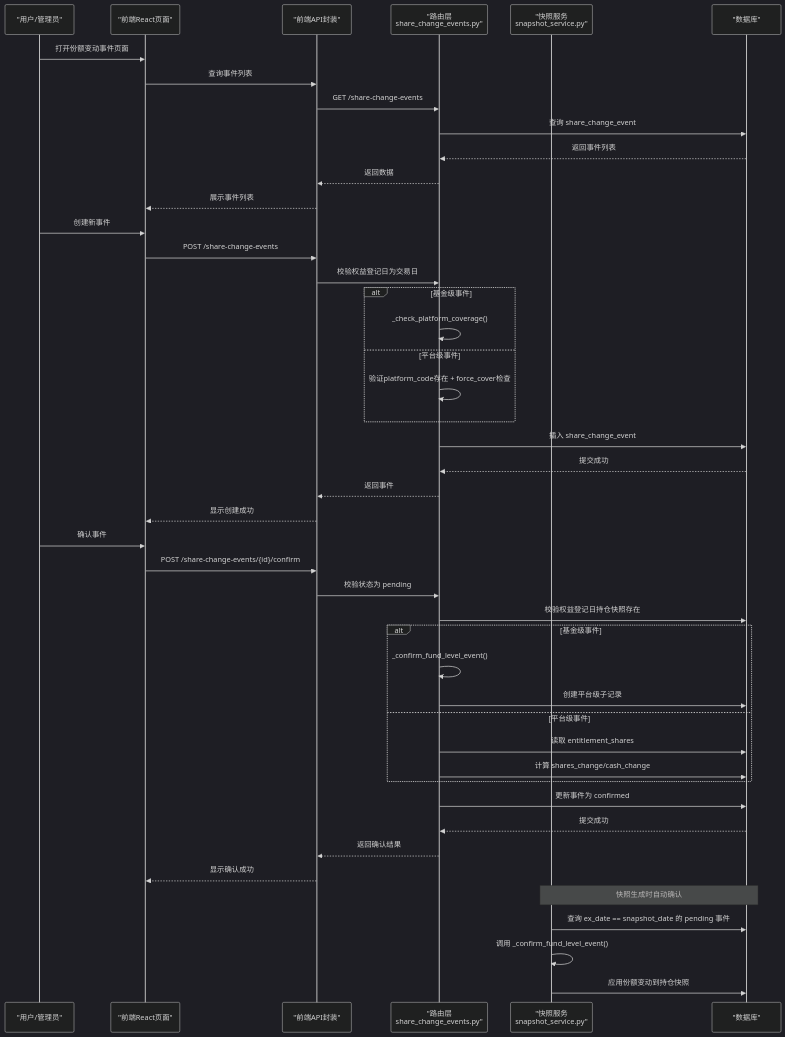
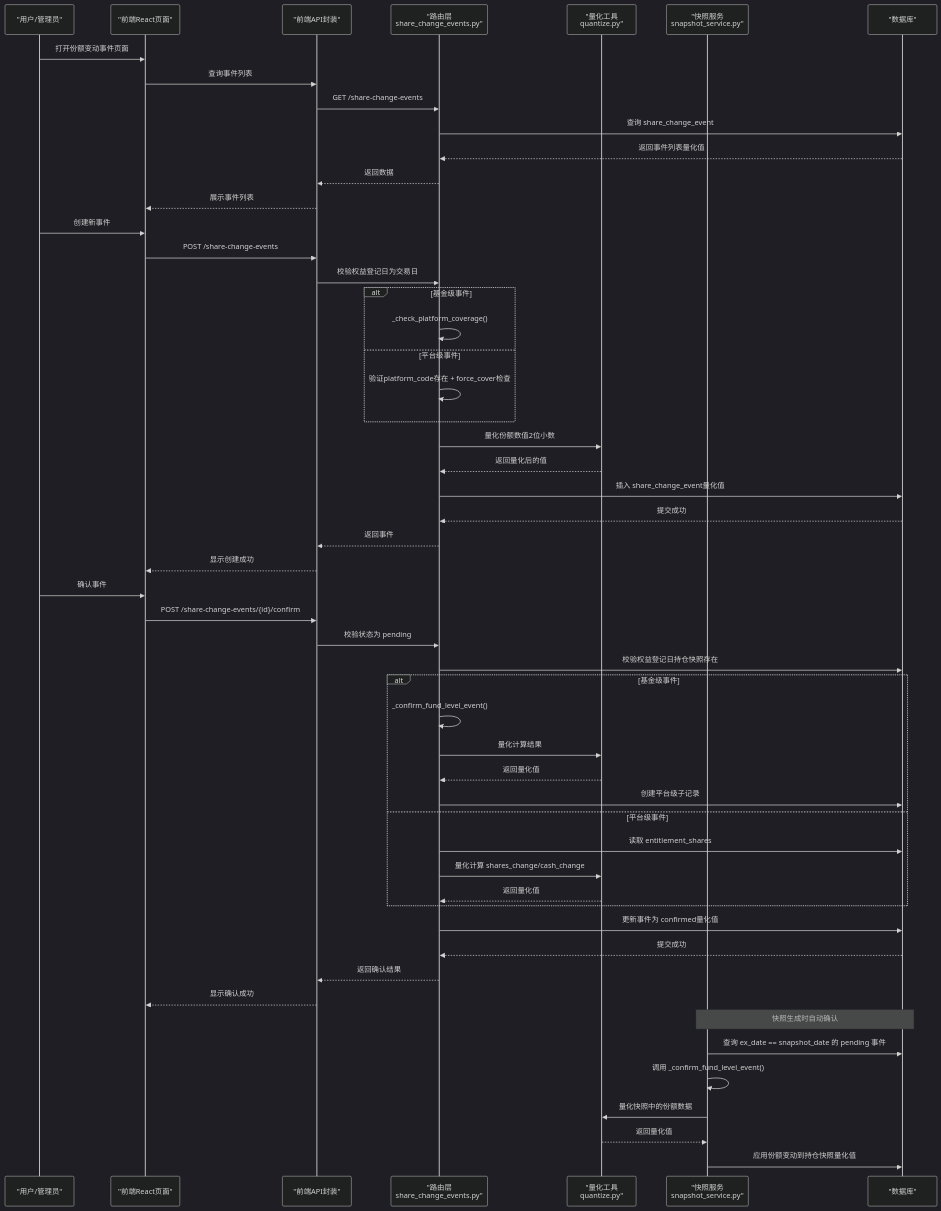
The second of 3 diagrams in .qoder/repowiki/zh/content/核心业务功能/份额变动事件.md (gujialind/InvestRing), drawn with Mermaid (dark theme) before and after one commit. The commit also changed other lines of this file and 19 other files, not shown here.

````diff
--- a/.qoder/repowiki/zh/content/核心业务功能/份额变动事件.md
+++ b/.qoder/repowiki/zh/content/核心业务功能/份额变动事件.md
@@ -80,47 +85,55 @@
 ```mermaid
 sequenceDiagram
 participant U as "用户/管理员"
 participant FE as "前端React页面"
 participant API as "前端API封装"
 participant R as "路由层<br/>share_change_events.py"
+participant Q as "量化工具<br/>quantize.py"
 participant SS as "快照服务<br/>snapshot_service.py"
 participant DB as "数据库"
 U->>FE : 打开份额变动事件页面
 FE->>API : 查询事件列表
 API->>R : GET /share-change-events
 R->>DB : 查询 share_change_event
-DB-->>R : 返回事件列表
+DB-->>R : 返回事件列表量化值
 R-->>API : 返回数据
 API-->>FE : 展示事件列表
 U->>FE : 创建新事件
 FE->>API : POST /share-change-events
 API->>R : 校验权益登记日为交易日
 alt 基金级事件
 R->>R : _check_platform_coverage()
 else 平台级事件
 R->>R : 验证platform_code存在 + force_cover检查
 end
-R->>DB : 插入 share_change_event
+R->>Q : 量化份额数值2位小数
+Q-->>R : 返回量化后的值
+R->>DB : 插入 share_change_event量化值
 DB-->>R : 提交成功
 R-->>API : 返回事件
 API-->>FE : 显示创建成功
 U->>FE : 确认事件
 FE->>API : POST /share-change-events/{id}/confirm
 API->>R : 校验状态为 pending
 R->>DB : 校验权益登记日持仓快照存在
 alt 基金级事件
 R->>R : _confirm_fund_level_event()
+R->>Q : 量化计算结果
+Q-->>R : 返回量化值
 R->>DB : 创建平台级子记录
 else 平台级事件
 R->>DB : 读取 entitlement_shares
-R->>DB : 计算 shares_change/cash_change
+R->>Q : 量化计算 shares_change/cash_change
+Q-->>R : 返回量化值
 end
-R->>DB : 更新事件为 confirmed
+R->>DB : 更新事件为 confirmed量化值
 DB-->>R : 提交成功
 R-->>API : 返回确认结果
 API-->>FE : 显示确认成功
 Note over SS,DB : 快照生成时自动确认
 SS->>DB : 查询 ex_date == snapshot_date 的 pending 事件
 SS->>SS : 调用 _confirm_fund_level_event()
-SS->>DB : 应用份额变动到持仓快照
+SS->>Q : 量化快照中的份额数据
+Q-->>SS : 返回量化值
+SS->>DB : 应用份额变动到持仓快照量化值
 ```
````
